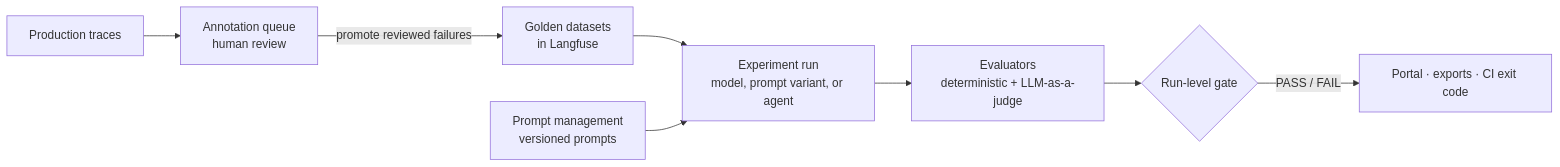
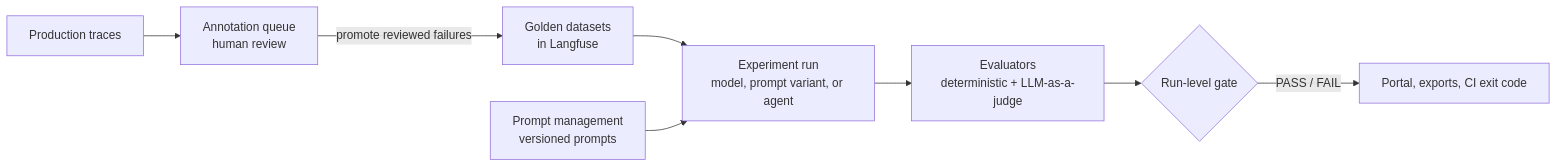
One commit to langfuse/langfuse-docs changed the diagram in content/blog/2026-07-15-llm-certification-financial-services.mdx. Above: the diagram before and after it, drawn with Mermaid. The commit also changed 61 other files, not shown here.

````diff
--- a/content/blog/2026-07-15-llm-certification-financial-services.mdx
+++ b/content/blog/2026-07-15-llm-certification-financial-services.mdx
@@ -40,10 +40,10 @@
 ```mermaid
 flowchart LR
     DS["Golden datasets<br/>in Langfuse"] --> RUN["Experiment run<br/>model, prompt variant, or agent"]
     PM["Prompt management<br/>versioned prompts"] --> RUN
     RUN --> EV["Evaluators<br/>deterministic + LLM-as-a-judge"]
     EV --> GATE{"Run-level gate"}
-    GATE -->|PASS / FAIL| OUT["Portal · exports · CI exit code"]
+    GATE -->|PASS / FAIL| OUT["Portal, exports, CI exit code"]
     PROD["Production traces"] --> AQ["Annotation queue<br/>human review"]
     AQ -->|promote reviewed failures| DS
 ```
````
